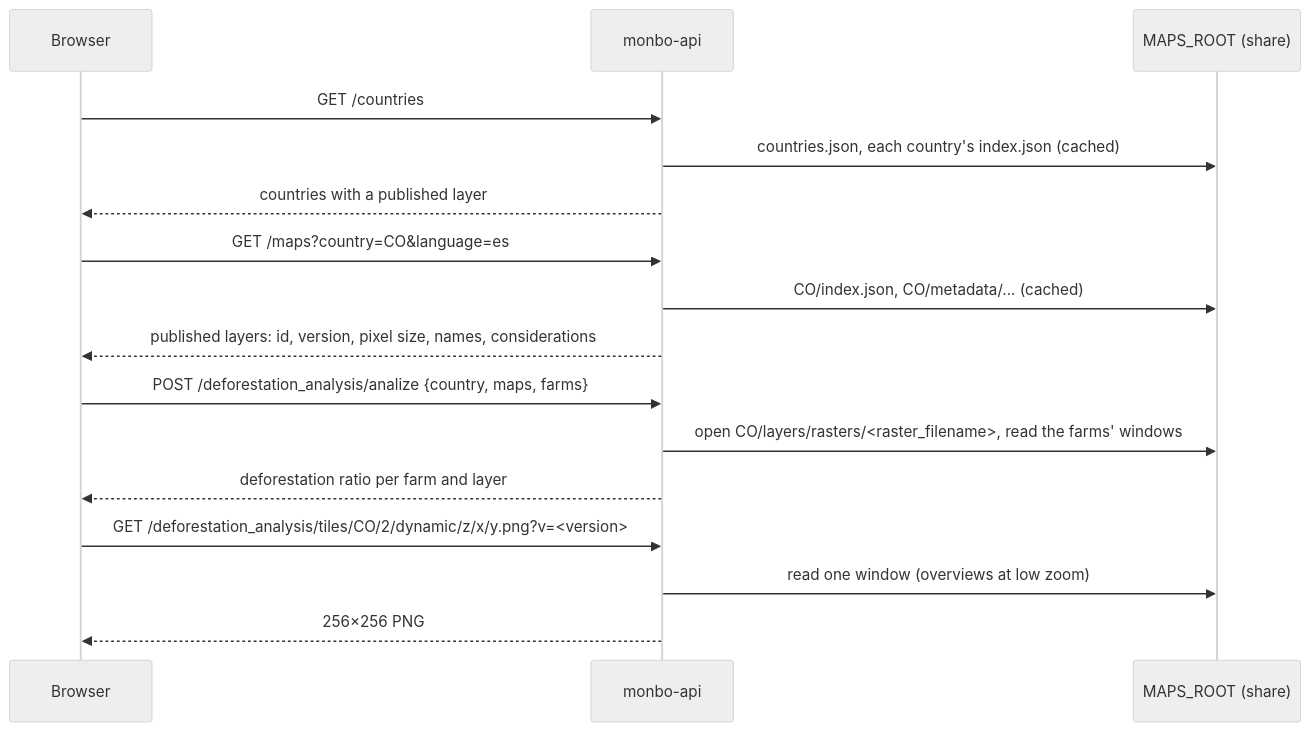
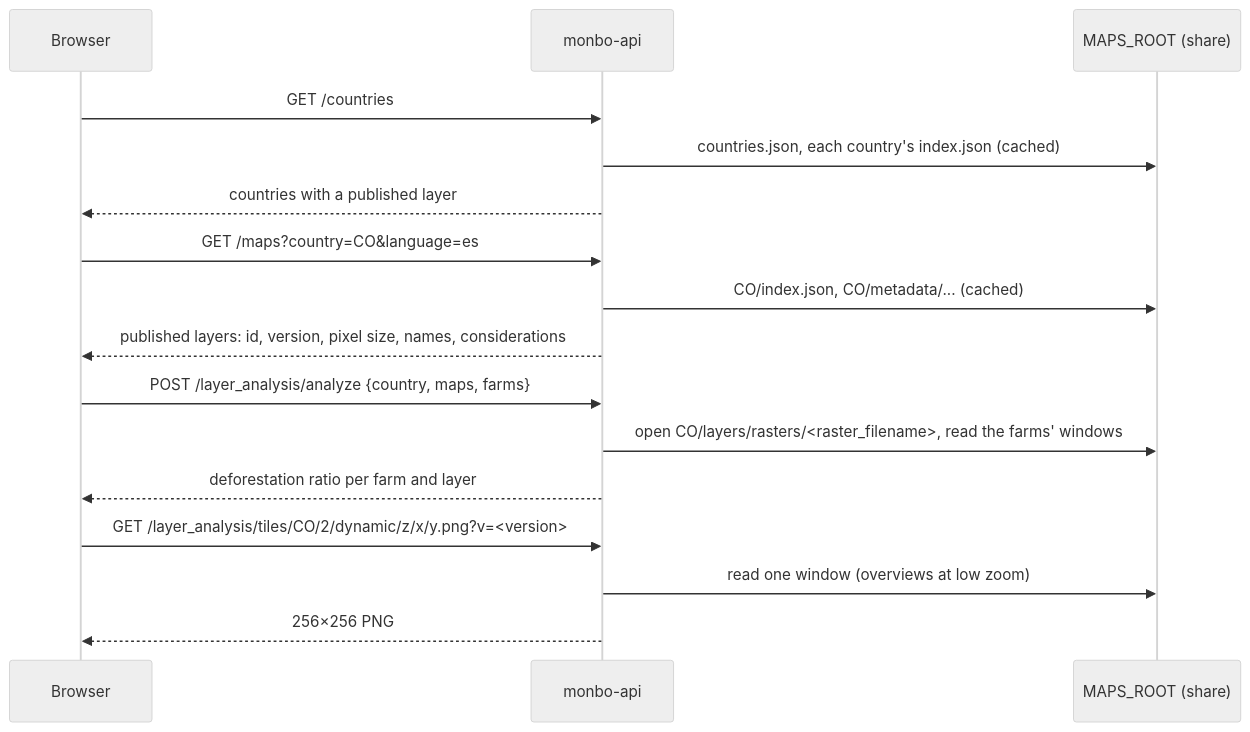
Before and after one commit to undp/monbo: the second of 4 diagrams in docs/architecture.md, drawn with Mermaid (neutral theme). The commit also changed other lines of this file and 47 other files, not shown here.

First line of the commit message:
Rename the analysis contract to /layer_analysis

````diff
--- a/docs/architecture.md
+++ b/docs/architecture.md
@@ -245,19 +245,19 @@
 ```mermaid
 sequenceDiagram
   participant B as Browser
   participant A as monbo-api
   participant S as MAPS_ROOT (share)
 
   B->>A: GET /countries
   A->>S: countries.json, each country's index.json (cached)
   A-->>B: countries with a published layer
   B->>A: GET /maps?country=CO&language=es
   A->>S: CO/index.json, CO/metadata/... (cached)
   A-->>B: published layers: id, version, pixel size, names, considerations
-  B->>A: POST /deforestation_analysis/analize {country, maps, farms}
+  B->>A: POST /layer_analysis/analyze {country, maps, farms}
   A->>S: open CO/layers/rasters/<raster_filename>, read the farms' windows
   A-->>B: deforestation ratio per farm and layer
-  B->>A: GET /deforestation_analysis/tiles/CO/2/dynamic/z/x/y.png?v=<version>
+  B->>A: GET /layer_analysis/tiles/CO/2/dynamic/z/x/y.png?v=<version>
   A->>S: read one window (overviews at low zoom)
   A-->>B: 256×256 PNG
 ```
````
